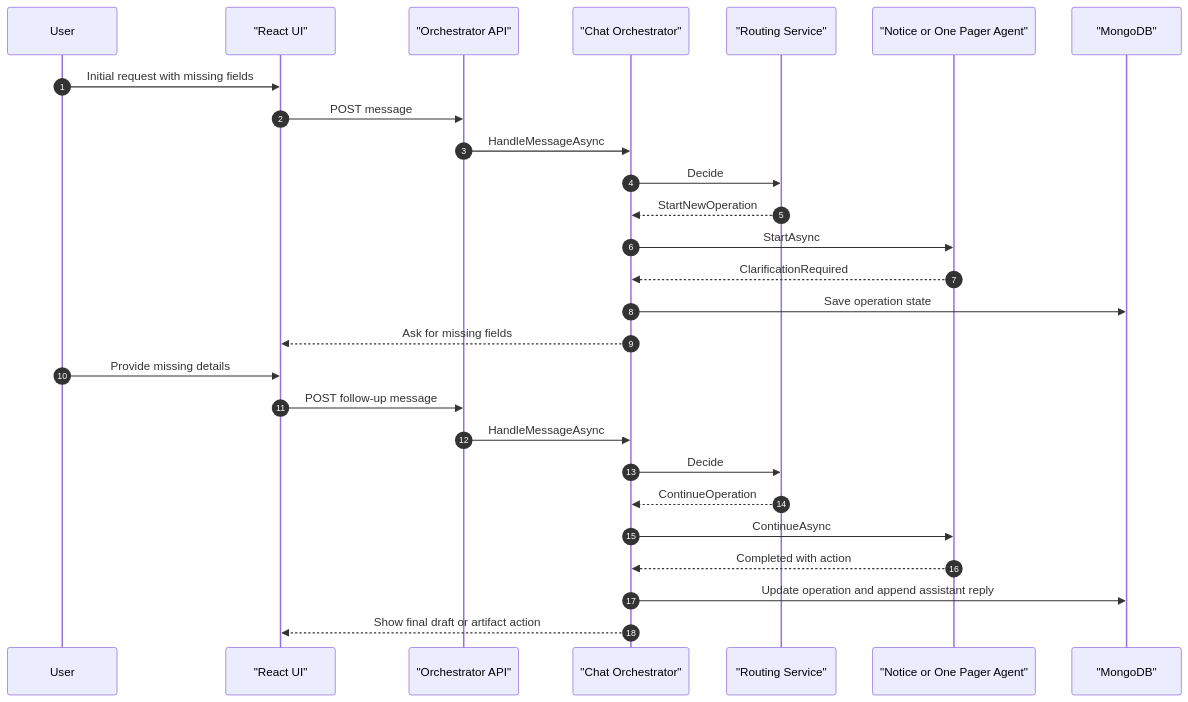
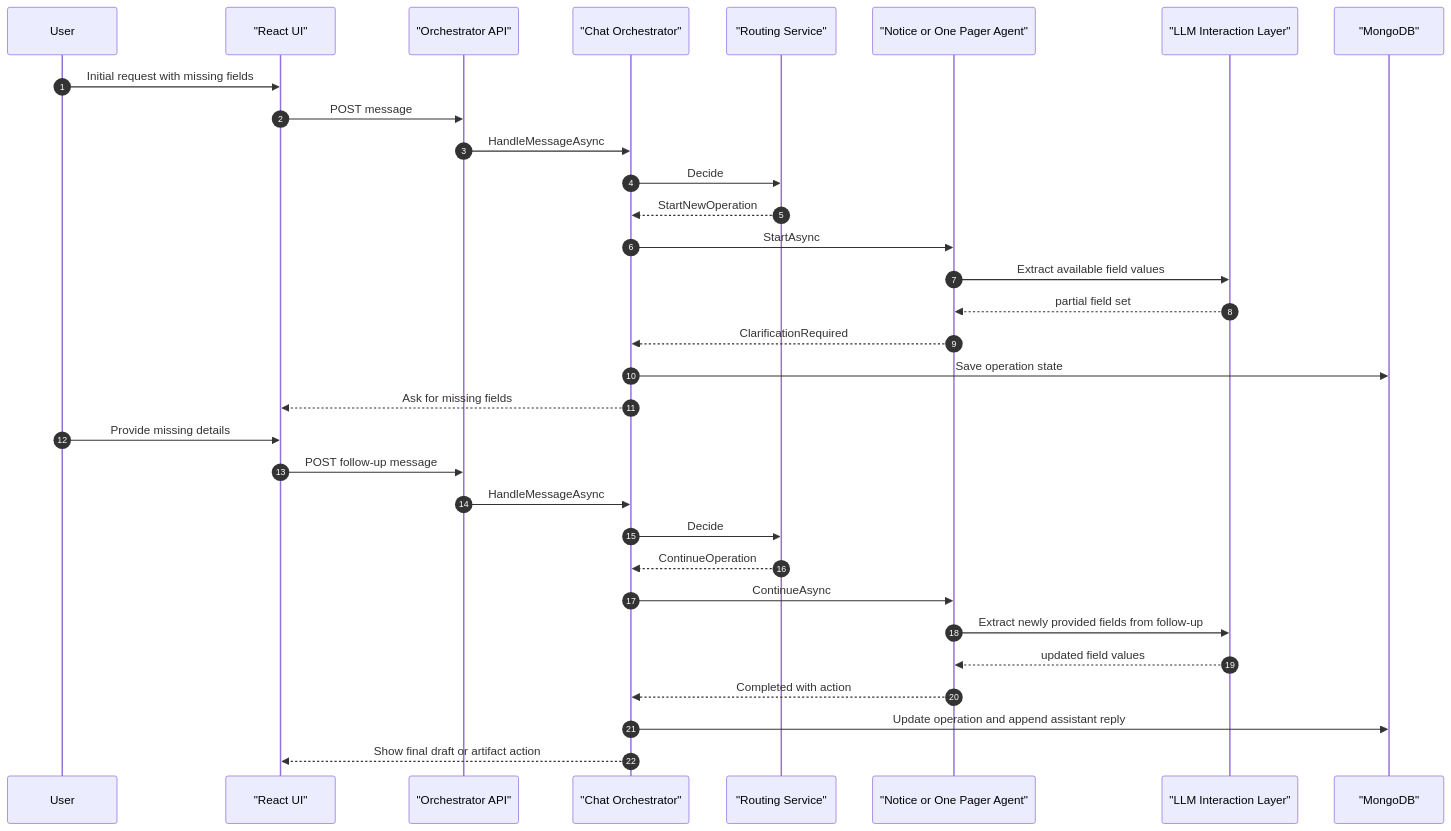
Before and after one commit to naveenpatilcbit/agentic-orchestrator: diagram 11 of 15 in docs/system-design.md, drawn with Mermaid. The commit also changed other lines of this file and 16 other files, not shown here.

````diff
--- a/docs/system-design.md
+++ b/docs/system-design.md
@@ -566,31 +633,36 @@
 ```mermaid
 sequenceDiagram
     autonumber
     participant U as User
     participant UI as "React UI"
     participant API as "Orchestrator API"
     participant CHAT as "Chat Orchestrator"
     participant ROUTER as "Routing Service"
     participant AGENT as "Notice or One Pager Agent"
+    participant LLM as "LLM Interaction Layer"
     participant DB as "MongoDB"
 
     U->>UI: Initial request with missing fields
     UI->>API: POST message
     API->>CHAT: HandleMessageAsync
     CHAT->>ROUTER: Decide
     ROUTER-->>CHAT: StartNewOperation
     CHAT->>AGENT: StartAsync
+    AGENT->>LLM: Extract available field values
+    LLM-->>AGENT: partial field set
     AGENT-->>CHAT: ClarificationRequired
     CHAT->>DB: Save operation state
     CHAT-->>UI: Ask for missing fields
 
     U->>UI: Provide missing details
     UI->>API: POST follow-up message
     API->>CHAT: HandleMessageAsync
     CHAT->>ROUTER: Decide
     ROUTER-->>CHAT: ContinueOperation
     CHAT->>AGENT: ContinueAsync
+    AGENT->>LLM: Extract newly provided fields from follow-up
+    LLM-->>AGENT: updated field values
     AGENT-->>CHAT: Completed with action
     CHAT->>DB: Update operation and append assistant reply
     CHAT-->>UI: Show final draft or artifact action
 ```
````
